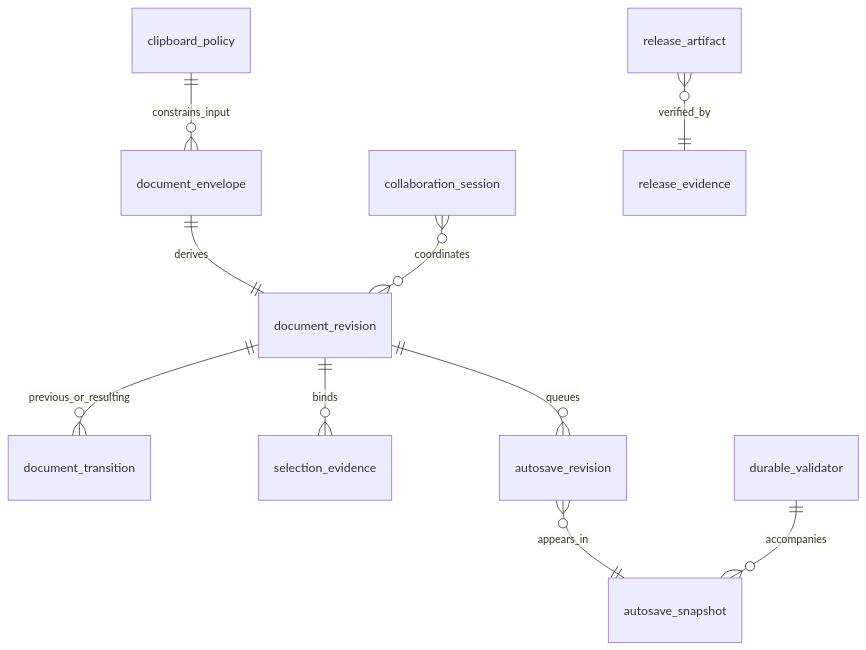
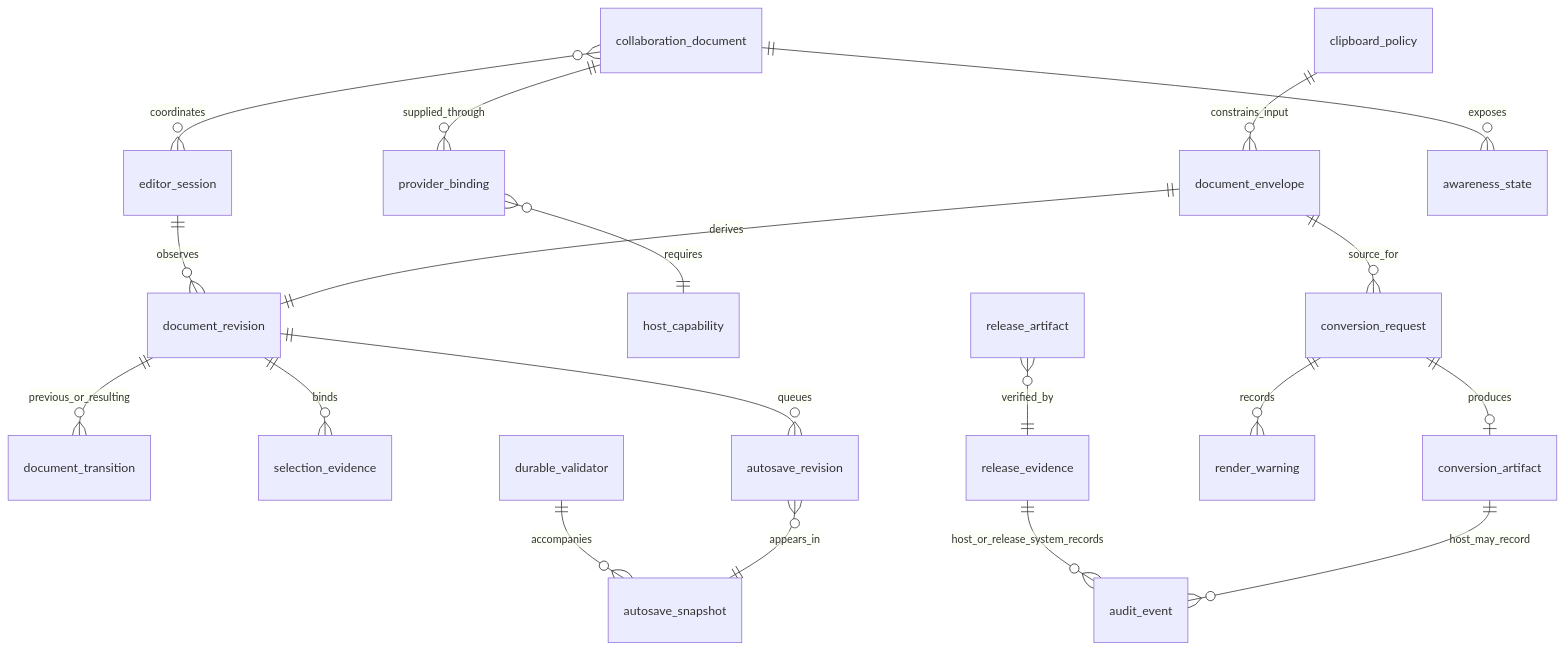
One commit to ContextualWisdomLab/inkspan changed the diagram in docs/DATA_MODEL.md. Above: the diagram before and after it, drawn with Mermaid. The commit also changed other lines of this file, not shown here.

Commit message:
docs(model): complete conceptual Inkspan evidence model

````diff
--- a/docs/DATA_MODEL.md
+++ b/docs/DATA_MODEL.md
@@ -7,12 +9,25 @@
 ```mermaid
 erDiagram
   document_envelope ||--|| document_revision : derives
+  editor_session ||--o{ document_revision : observes
   document_revision ||--o{ document_transition : previous_or_resulting
   document_revision ||--o{ selection_evidence : binds
   document_revision ||--o{ autosave_revision : queues
   autosave_revision }o--|| autosave_snapshot : appears_in
   durable_validator ||--o{ autosave_snapshot : accompanies
-  collaboration_session }o--o{ document_revision : coordinates
+
+  collaboration_document ||--o{ provider_binding : supplied_through
+  collaboration_document ||--o{ awareness_state : exposes
+  provider_binding }o--|| host_capability : requires
+  collaboration_document }o--o{ editor_session : coordinates
+
   clipboard_policy ||--o{ document_envelope : constrains_input
+
+  document_envelope ||--o{ conversion_request : source_for
+  conversion_request ||--o| conversion_artifact : produces
+  conversion_request ||--o{ render_warning : records
+  conversion_artifact ||--o{ audit_event : host_may_record
+
   release_artifact }o--|| release_evidence : verified_by
+  release_evidence ||--o{ audit_event : host_or_release_system_records
 ```
````
